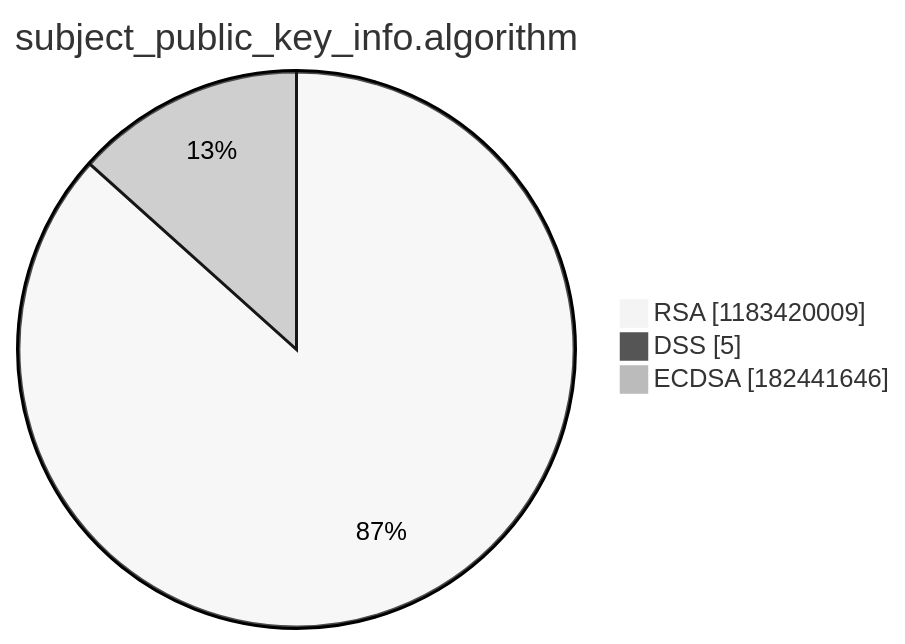
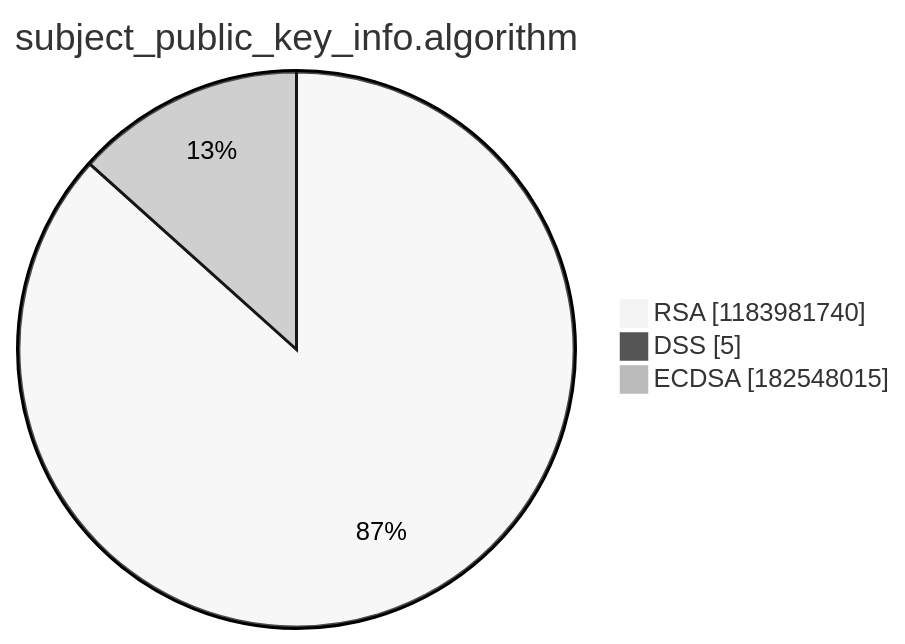
The third of 15 diagrams in argon2022/README.md (christiankrug/ctmonitor_visualization), drawn with Mermaid (neutral theme) before and after one commit. The commit also changed other lines of this file, not shown here.

````diff
--- a/argon2022/README.md
+++ b/argon2022/README.md
@@ -14,7 +14,7 @@
 ```mermaid
 pie showData
 title subject_public_key_info.algorithm
-"RSA" :1183420009
+"RSA" :1183981740
 "DSS" :5
-"ECDSA" :182441646
+"ECDSA" :182548015
 ```
````
